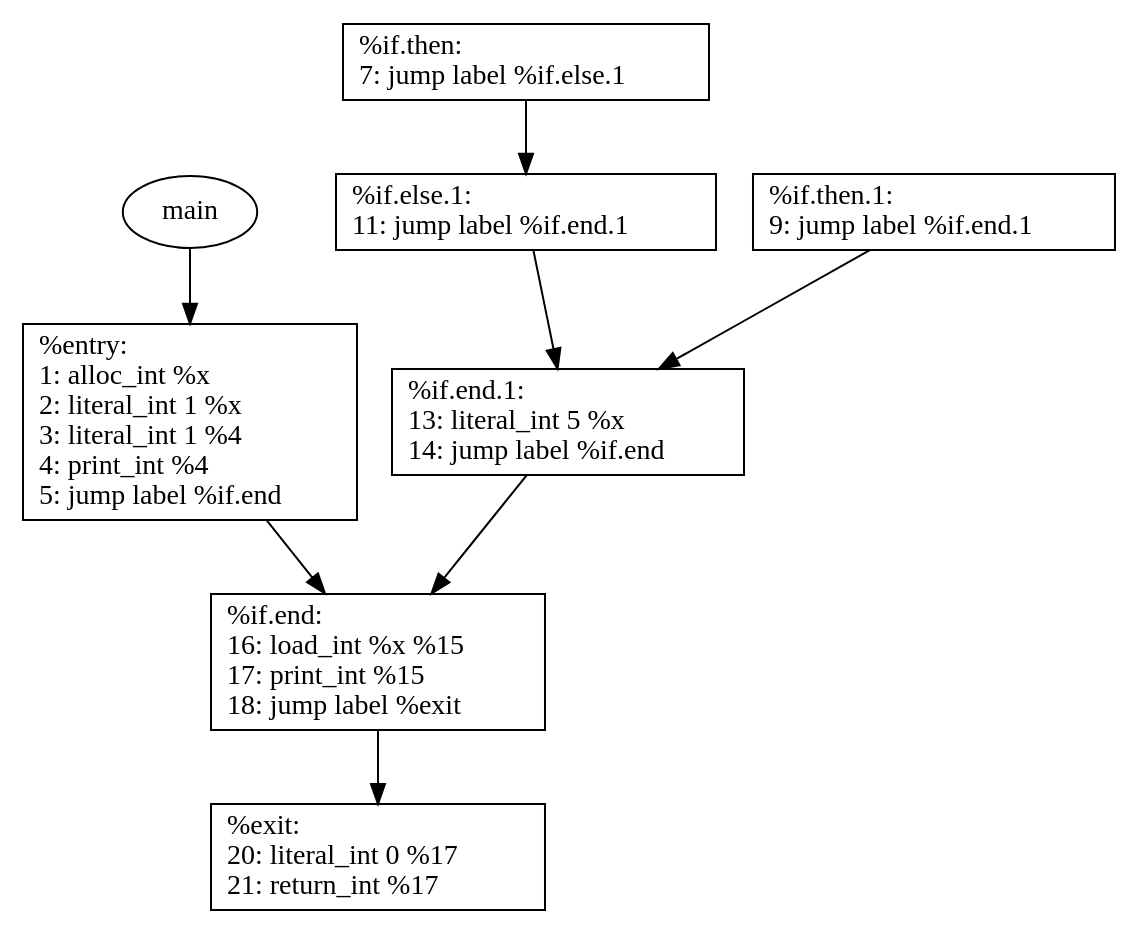
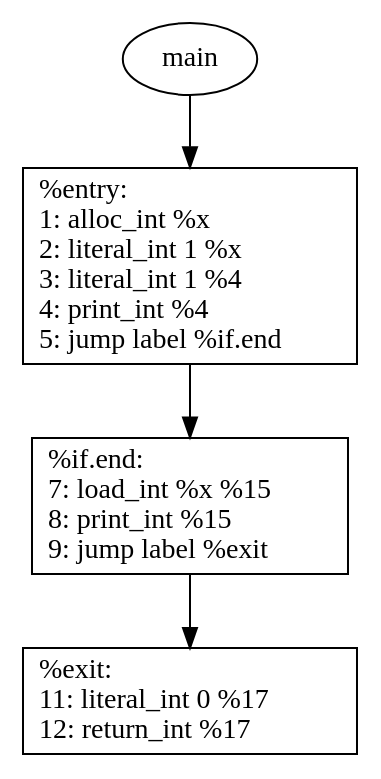
Before and after one commit to barddes/ply-python-compiler: the diagram in main.gv, drawn with Graphviz. The commit also changed 3 other files, not shown here.

```diff
--- a/main.gv
+++ b/main.gv
@@ -1,18 +1,10 @@
 digraph g {
 	node [shape=record]
 	main [shape=ellipse]
 	main -> "%entry"
 	"%entry" [label="{%entry:\l	1:   alloc_int %x \l	2:   literal_int 1 %x \l	3:   literal_int 1 %4 \l	4:   print_int %4 \l	5:   jump label %if.end\l	}"]
 	"%entry" -> "%if.end"
-	"%if.then" [label="{%if.then:\l	7:   jump label %if.else.1\l	}"]
-	"%if.then" -> "%if.else.1"
-	"%if.then.1" [label="{%if.then.1:\l	9:   jump label %if.end.1\l	}"]
-	"%if.then.1" -> "%if.end.1"
-	"%if.else.1" [label="{%if.else.1:\l	11:   jump label %if.end.1\l	}"]
-	"%if.else.1" -> "%if.end.1"
-	"%if.end.1" [label="{%if.end.1:\l	13:   literal_int 5 %x \l	14:   jump label %if.end\l	}"]
-	"%if.end.1" -> "%if.end"
-	"%if.end" [label="{%if.end:\l	16:   load_int %x %15 \l	17:   print_int %15 \l	18:   jump label %exit\l	}"]
+	"%if.end" [label="{%if.end:\l	7:   load_int %x %15 \l	8:   print_int %15 \l	9:   jump label %exit\l	}"]
 	"%if.end" -> "%exit"
-	"%exit" [label="{%exit:\l	20:   literal_int 0 %17 \l	21:   return_int %17\l	}"]
+	"%exit" [label="{%exit:\l	11:   literal_int 0 %17 \l	12:   return_int %17\l	}"]
 }
```
